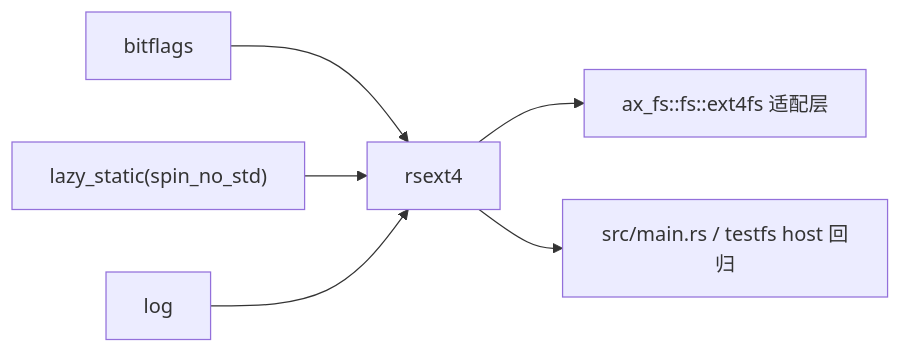
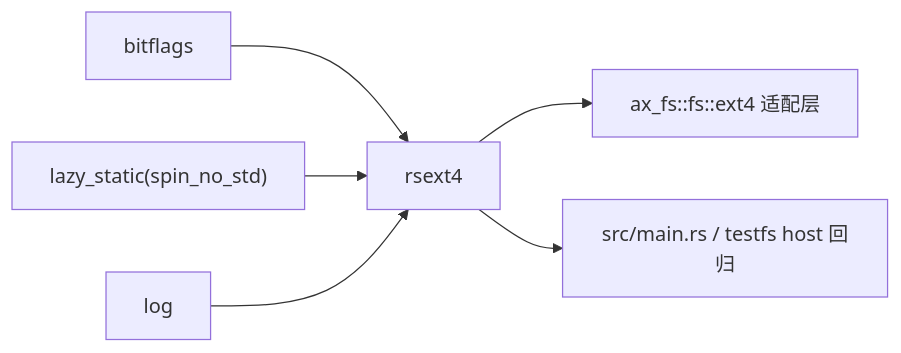
One commit to rcore-os/tgoskits changed the second of 2 diagrams in docs/docs/components/crates/rsext4.md. Above: the diagram before and after it, drawn with Mermaid. The commit also changed other lines of this file and 189 other files, not shown here.

````diff
--- a/docs/docs/components/crates/rsext4.md
+++ b/docs/docs/components/crates/rsext4.md
@@ -111,9 +111,9 @@
 ```mermaid
 graph LR
     bitflags["bitflags"] --> current["rsext4"]
     lazy_static["lazy_static(spin_no_std)"] --> current
     log["log"] --> current
 
-    current --> axfs_ext4["ax_fs::fs::ext4fs 适配层"]
+    current --> axfs_ext4["ax_fs::fs::ext4 适配层"]
     current --> host_demo["src/main.rs / testfs host 回归"]
 ```
````
